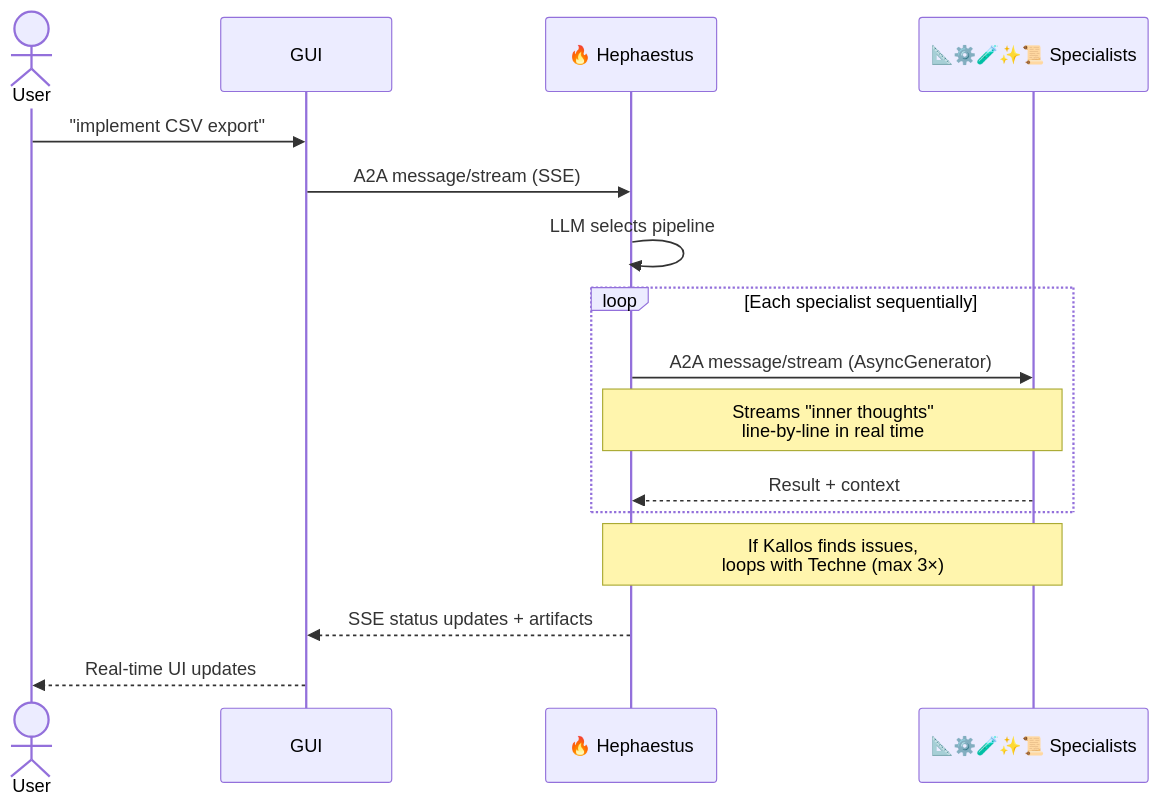
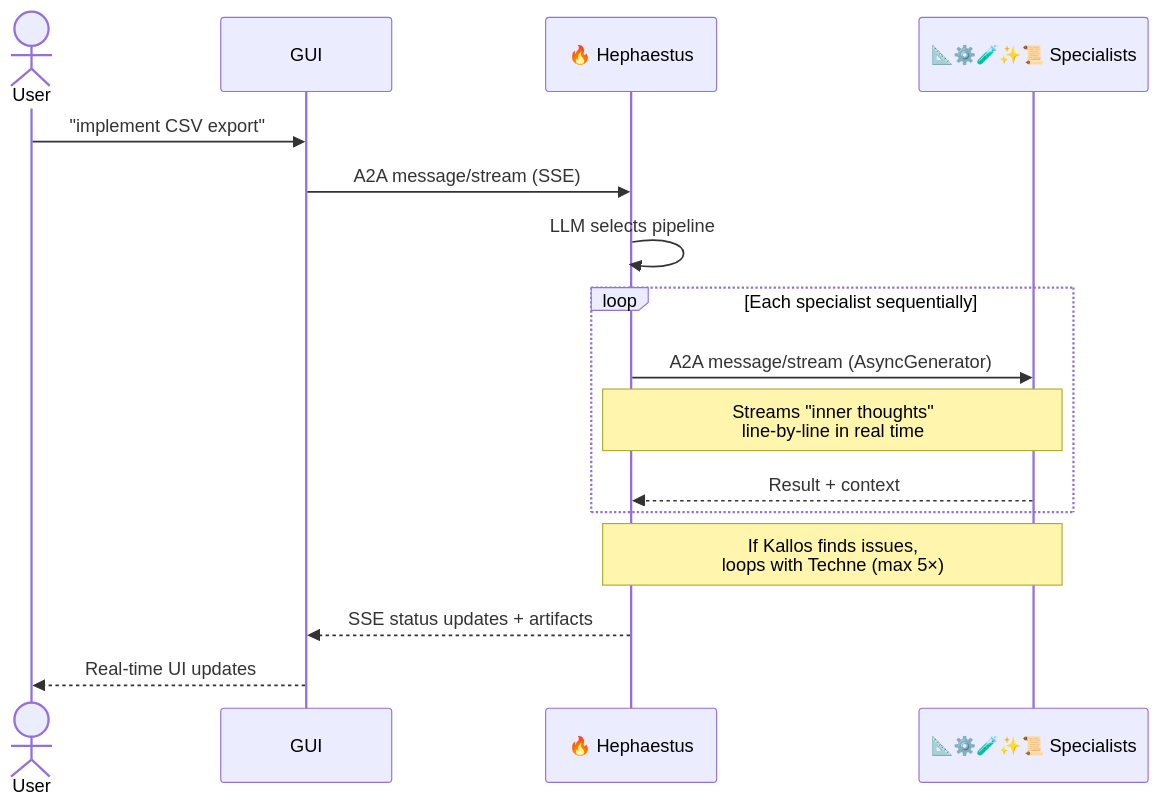
Before and after one commit to ajbarea/kourai-khryseai: the diagram in docs/overview.md, drawn with Mermaid. The commit also changed other lines of this file and 12 other files, not shown here.

````diff
--- a/docs/overview.md
+++ b/docs/overview.md
@@ -64,19 +64,19 @@
 ```mermaid
 sequenceDiagram
     actor User
     participant GUI
     participant Hephaestus as 🔥 Hephaestus
     participant Specialists as 📐⚙️🧪✨📜 Specialists
 
     User->>GUI: "implement CSV export"
     GUI->>Hephaestus: A2A message/stream (SSE)
     Hephaestus->>Hephaestus: LLM selects pipeline
     loop Each specialist sequentially
         Hephaestus->>Specialists: A2A message/stream (AsyncGenerator)
         Note over Specialists,Hephaestus: Streams "inner thoughts"<br/>line-by-line in real time
         Specialists-->>Hephaestus: Result + context
     end
-    Note over Hephaestus,Specialists: If Kallos finds issues,<br/>loops with Techne (max 3×)
+    Note over Hephaestus,Specialists: If Kallos finds issues,<br/>loops with Techne (max 5×)
     Hephaestus-->>GUI: SSE status updates + artifacts
     GUI-->>User: Real-time UI updates
 ```
````
